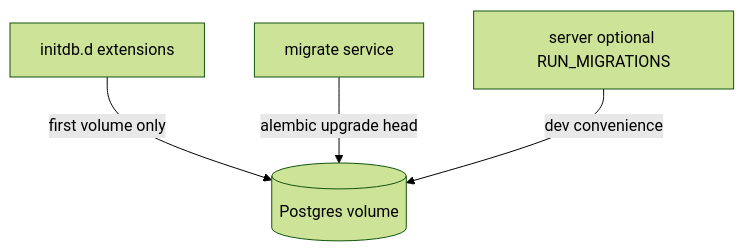
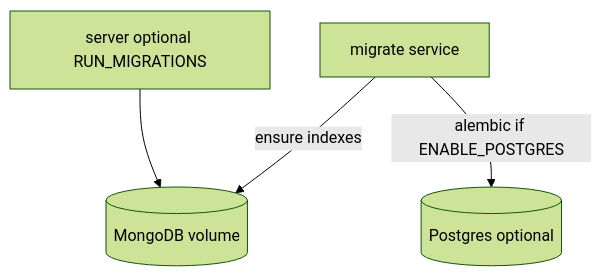
One commit to GlebLOrange/personal-glorng changed the diagram in docs/database.md. Above: the diagram before and after it, drawn with Mermaid (forest theme). The commit also changed other lines of this file and 44 other files, not shown here.

````diff
--- a/docs/database.md
+++ b/docs/database.md
@@ -16,10 +24,10 @@
 ```mermaid
 flowchart TD
-  DB[(Postgres volume)]
-  InitSQL[initdb.d extensions]
+  Mongo[(MongoDB volume)]
   Migrate[migrate service]
   Server[server optional RUN_MIGRATIONS]
-  InitSQL -->|first volume only| DB
-  Migrate -->|alembic upgrade head| DB
-  Server -->|dev convenience| DB
+  Pg[(Postgres optional)]
+  Migrate -->|ensure indexes| Mongo
+  Migrate -->|alembic if ENABLE_POSTGRES| Pg
+  Server --> Mongo
 ```
````
